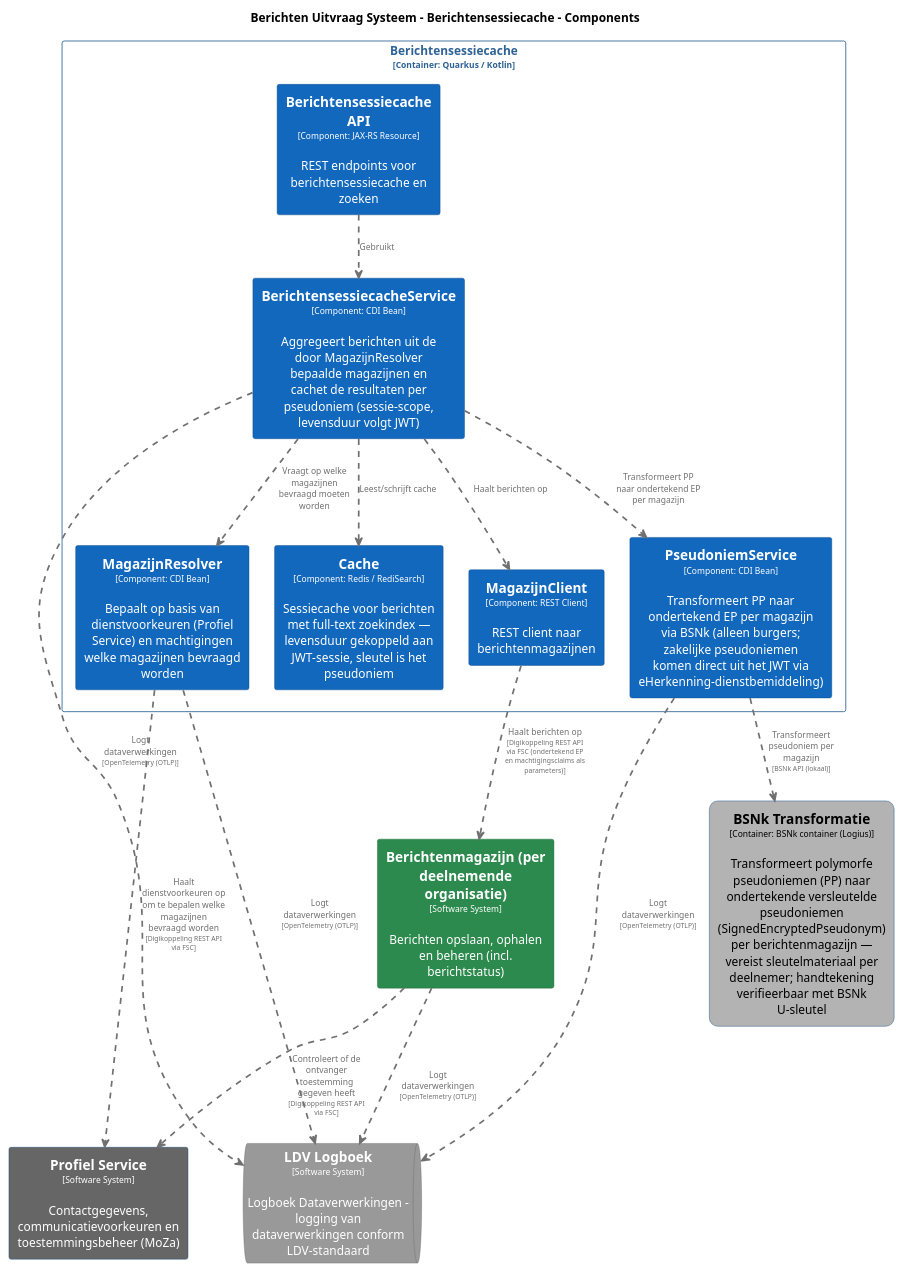
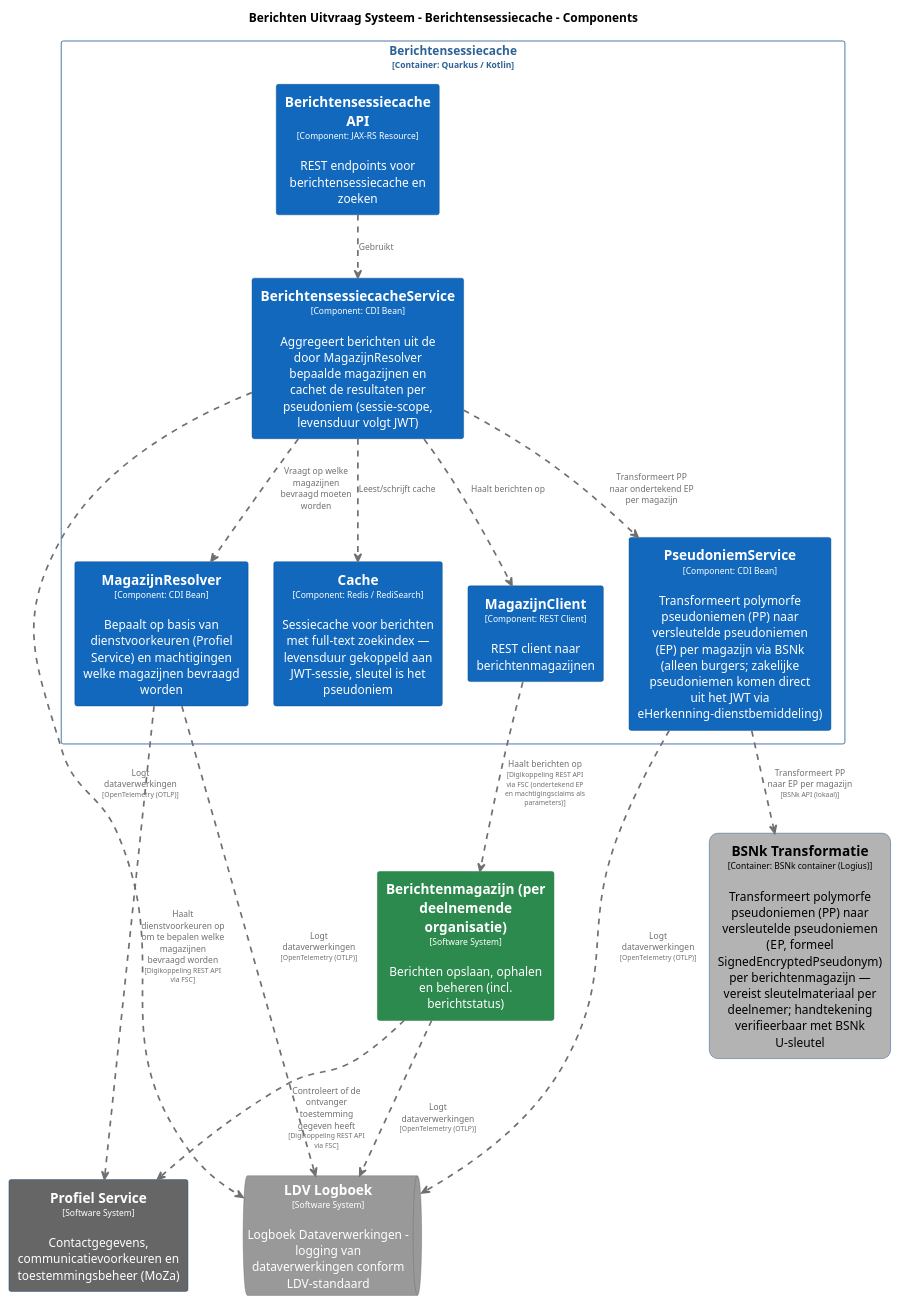
Before and after one commit to MinBZK/moza-poc-fbs-berichtenbox: the diagram in pr-preview/pr-22/master/puml/BerichtensessiecacheComponenten.puml, drawn with PlantUML. The commit also changed 12 other files, not shown here.

```diff
--- a/pr-preview/pr-22/master/puml/BerichtensessiecacheComponenten.puml
+++ b/pr-preview/pr-22/master/puml/BerichtensessiecacheComponenten.puml
@@ -1,112 +1,112 @@
 @startuml
 set separator none
 title Berichten Uitvraag Systeem - Berichtensessiecache - Components
 
 top to bottom direction
 skinparam ranksep 60
 skinparam nodesep 30
 
 skinparam {
   arrowFontSize 10
   defaultTextAlignment center
   wrapWidth 200
   maxMessageSize 100
 }
 
 hide stereotype
 
 skinparam rectangle<<BerichtenUitvraagSysteem.BSNkTransformatie>> {
   BackgroundColor #b3b3b3
   FontColor #000000
   BorderColor #0b4884
   roundCorner 20
   shadowing false
 }
 skinparam rectangle<<Berichtenmagazijnperdeelnemendeorganisatie>> {
   BackgroundColor #2d8a4e
   FontColor #ffffff
   BorderColor #1e6b38
   shadowing false
 }
 skinparam rectangle<<BerichtenUitvraagSysteem.Berichtensessiecache.BerichtensessiecacheAPI>> {
   BackgroundColor #1168bd
   FontColor #ffffff
   BorderColor #0b4884
   shadowing false
 }
 skinparam rectangle<<BerichtenUitvraagSysteem.Berichtensessiecache.BerichtensessiecacheService>> {
   BackgroundColor #1168bd
   FontColor #ffffff
   BorderColor #0b4884
   shadowing false
 }
 skinparam rectangle<<BerichtenUitvraagSysteem.Berichtensessiecache.Cache>> {
   BackgroundColor #1168bd
   FontColor #ffffff
   BorderColor #0b4884
   shadowing false
 }
 skinparam queue<<LDVLogboek>> {
   BackgroundColor #999999
   FontColor #ffffff
   BorderColor #6b6b6b
   shadowing false
 }
 skinparam rectangle<<BerichtenUitvraagSysteem.Berichtensessiecache.MagazijnClient>> {
   BackgroundColor #1168bd
   FontColor #ffffff
   BorderColor #0b4884
   shadowing false
 }
 skinparam rectangle<<BerichtenUitvraagSysteem.Berichtensessiecache.MagazijnResolver>> {
   BackgroundColor #1168bd
   FontColor #ffffff
   BorderColor #0b4884
   shadowing false
 }
 skinparam rectangle<<ProfielService>> {
   BackgroundColor #666666
   FontColor #ffffff
   BorderColor #0b4884
   shadowing false
 }
 skinparam rectangle<<BerichtenUitvraagSysteem.Berichtensessiecache.PseudoniemService>> {
   BackgroundColor #1168bd
   FontColor #ffffff
   BorderColor #0b4884
   shadowing false
 }
 skinparam rectangle<<BerichtenUitvraagSysteem.Berichtensessiecache>> {
   BorderColor #2e6295
   FontColor #2e6295
   shadowing false
 }
 
 rectangle "==Profiel Service\n<size:10>[Software System]</size>\n\nContactgegevens, communicatievoorkeuren en toestemmingsbeheer (MoZa)" <<ProfielService>> as ProfielService
 rectangle "==Berichtenmagazijn (per deelnemende organisatie)\n<size:10>[Software System]</size>\n\nBerichten opslaan, ophalen en beheren (incl. berichtstatus)" <<Berichtenmagazijnperdeelnemendeorganisatie>> as Berichtenmagazijnperdeelnemendeorganisatie
-rectangle "==BSNk Transformatie\n<size:10>[Container: BSNk container (Logius)]</size>\n\nTransformeert polymorfe pseudoniemen (PP) naar ondertekende versleutelde pseudoniemen (SignedEncryptedPseudonym) per berichtenmagazijn — vereist sleutelmateriaal per deelnemer; handtekening verifieerbaar met BSNk U-sleutel" <<BerichtenUitvraagSysteem.BSNkTransformatie>> as BerichtenUitvraagSysteem.BSNkTransformatie
+rectangle "==BSNk Transformatie\n<size:10>[Container: BSNk container (Logius)]</size>\n\nTransformeert polymorfe pseudoniemen (PP) naar versleutelde pseudoniemen (EP, formeel SignedEncryptedPseudonym) per berichtenmagazijn — vereist sleutelmateriaal per deelnemer; handtekening verifieerbaar met BSNk U-sleutel" <<BerichtenUitvraagSysteem.BSNkTransformatie>> as BerichtenUitvraagSysteem.BSNkTransformatie
 queue "==LDV Logboek\n<size:10>[Software System]</size>\n\nLogboek Dataverwerkingen - logging van dataverwerkingen conform LDV-standaard" <<LDVLogboek>> as LDVLogboek
 
 rectangle "Berichtensessiecache\n<size:10>[Container: Quarkus / Kotlin]</size>" <<BerichtenUitvraagSysteem.Berichtensessiecache>> {
   rectangle "==Berichtensessiecache API\n<size:10>[Component: JAX-RS Resource]</size>\n\nREST endpoints voor berichtensessiecache en zoeken" <<BerichtenUitvraagSysteem.Berichtensessiecache.BerichtensessiecacheAPI>> as BerichtenUitvraagSysteem.Berichtensessiecache.BerichtensessiecacheAPI
   rectangle "==MagazijnResolver\n<size:10>[Component: CDI Bean]</size>\n\nBepaalt op basis van dienstvoorkeuren (Profiel Service) en machtigingen welke magazijnen bevraagd worden" <<BerichtenUitvraagSysteem.Berichtensessiecache.MagazijnResolver>> as BerichtenUitvraagSysteem.Berichtensessiecache.MagazijnResolver
-  rectangle "==PseudoniemService\n<size:10>[Component: CDI Bean]</size>\n\nTransformeert PP naar ondertekend EP per magazijn via BSNk (alleen burgers; zakelijke pseudoniemen komen direct uit het JWT via eHerkenning-dienstbemiddeling)" <<BerichtenUitvraagSysteem.Berichtensessiecache.PseudoniemService>> as BerichtenUitvraagSysteem.Berichtensessiecache.PseudoniemService
+  rectangle "==PseudoniemService\n<size:10>[Component: CDI Bean]</size>\n\nTransformeert polymorfe pseudoniemen (PP) naar versleutelde pseudoniemen (EP) per magazijn via BSNk (alleen burgers; zakelijke pseudoniemen komen direct uit het JWT via eHerkenning-dienstbemiddeling)" <<BerichtenUitvraagSysteem.Berichtensessiecache.PseudoniemService>> as BerichtenUitvraagSysteem.Berichtensessiecache.PseudoniemService
   rectangle "==BerichtensessiecacheService\n<size:10>[Component: CDI Bean]</size>\n\nAggregeert berichten uit de door MagazijnResolver bepaalde magazijnen en cachet de resultaten per pseudoniem (sessie-scope, levensduur volgt JWT)" <<BerichtenUitvraagSysteem.Berichtensessiecache.BerichtensessiecacheService>> as BerichtenUitvraagSysteem.Berichtensessiecache.BerichtensessiecacheService
   rectangle "==Cache\n<size:10>[Component: Redis / RediSearch]</size>\n\nSessiecache voor berichten met full-text zoekindex — levensduur gekoppeld aan JWT-sessie, sleutel is het pseudoniem" <<BerichtenUitvraagSysteem.Berichtensessiecache.Cache>> as BerichtenUitvraagSysteem.Berichtensessiecache.Cache
   rectangle "==MagazijnClient\n<size:10>[Component: REST Client]</size>\n\nREST client naar berichtenmagazijnen" <<BerichtenUitvraagSysteem.Berichtensessiecache.MagazijnClient>> as BerichtenUitvraagSysteem.Berichtensessiecache.MagazijnClient
 }
 
 Berichtenmagazijnperdeelnemendeorganisatie .[#707070,thickness=2].> ProfielService : "<color:#707070>Controleert of de ontvanger toestemming gegeven heeft\n<color:#707070><size:8>[Digikoppeling REST API via FSC]</size>"
 BerichtenUitvraagSysteem.Berichtensessiecache.MagazijnResolver .[#707070,thickness=2].> ProfielService : "<color:#707070>Haalt dienstvoorkeuren op om te bepalen welke magazijnen bevraagd worden\n<color:#707070><size:8>[Digikoppeling REST API via FSC]</size>"
 BerichtenUitvraagSysteem.Berichtensessiecache.MagazijnClient .[#707070,thickness=2].> Berichtenmagazijnperdeelnemendeorganisatie : "<color:#707070>Haalt berichten op\n<color:#707070><size:8>[Digikoppeling REST API via FSC (ondertekend EP en machtigingsclaims als parameters)]</size>"
 Berichtenmagazijnperdeelnemendeorganisatie .[#707070,thickness=2].> LDVLogboek : "<color:#707070>Logt dataverwerkingen\n<color:#707070><size:8>[OpenTelemetry (OTLP)]</size>"
 BerichtenUitvraagSysteem.Berichtensessiecache.BerichtensessiecacheService .[#707070,thickness=2].> LDVLogboek : "<color:#707070>Logt dataverwerkingen\n<color:#707070><size:8>[OpenTelemetry (OTLP)]</size>"
 BerichtenUitvraagSysteem.Berichtensessiecache.MagazijnResolver .[#707070,thickness=2].> LDVLogboek : "<color:#707070>Logt dataverwerkingen\n<color:#707070><size:8>[OpenTelemetry (OTLP)]</size>"
 BerichtenUitvraagSysteem.Berichtensessiecache.PseudoniemService .[#707070,thickness=2].> LDVLogboek : "<color:#707070>Logt dataverwerkingen\n<color:#707070><size:8>[OpenTelemetry (OTLP)]</size>"
 BerichtenUitvraagSysteem.Berichtensessiecache.BerichtensessiecacheAPI .[#707070,thickness=2].> BerichtenUitvraagSysteem.Berichtensessiecache.BerichtensessiecacheService : "<color:#707070>Gebruikt"
 BerichtenUitvraagSysteem.Berichtensessiecache.BerichtensessiecacheService .[#707070,thickness=2].> BerichtenUitvraagSysteem.Berichtensessiecache.MagazijnResolver : "<color:#707070>Vraagt op welke magazijnen bevraagd moeten worden"
 BerichtenUitvraagSysteem.Berichtensessiecache.BerichtensessiecacheService .[#707070,thickness=2].> BerichtenUitvraagSysteem.Berichtensessiecache.PseudoniemService : "<color:#707070>Transformeert PP naar ondertekend EP per magazijn"
 BerichtenUitvraagSysteem.Berichtensessiecache.BerichtensessiecacheService .[#707070,thickness=2].> BerichtenUitvraagSysteem.Berichtensessiecache.Cache : "<color:#707070>Leest/schrijft cache"
 BerichtenUitvraagSysteem.Berichtensessiecache.BerichtensessiecacheService .[#707070,thickness=2].> BerichtenUitvraagSysteem.Berichtensessiecache.MagazijnClient : "<color:#707070>Haalt berichten op"
-BerichtenUitvraagSysteem.Berichtensessiecache.PseudoniemService .[#707070,thickness=2].> BerichtenUitvraagSysteem.BSNkTransformatie : "<color:#707070>Transformeert pseudoniem per magazijn\n<color:#707070><size:8>[BSNk API (lokaal)]</size>"
+BerichtenUitvraagSysteem.Berichtensessiecache.PseudoniemService .[#707070,thickness=2].> BerichtenUitvraagSysteem.BSNkTransformatie : "<color:#707070>Transformeert PP naar EP per magazijn\n<color:#707070><size:8>[BSNk API (lokaal)]</size>"
 @enduml
```
